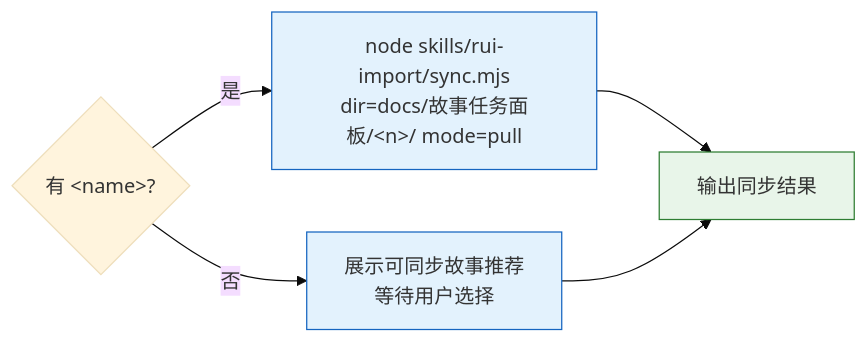
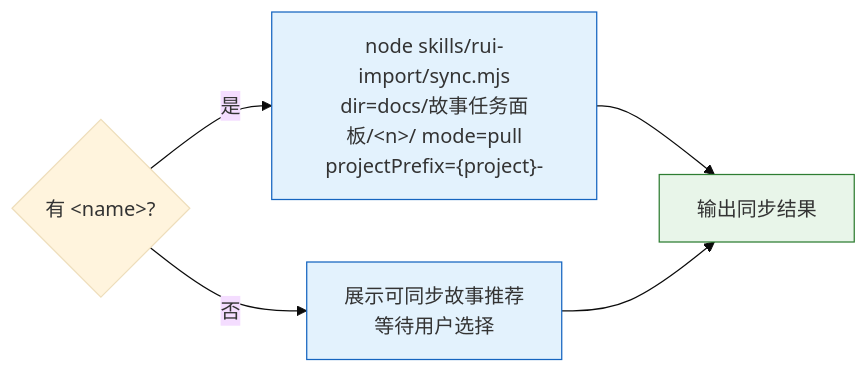
One commit to effiy/YrY changed the tenth of 15 diagrams in skills/rui-story/SKILL.md. Above: the diagram before and after it, drawn with Mermaid (base theme). The commit also changed other lines of this file and 5 other files, not shown here.

First line of the commit message:
fix: refine doc formulas — remove §0, add F.toc, default mermaid colors, story prose

````diff
--- a/skills/rui-story/SKILL.md
+++ b/skills/rui-story/SKILL.md
@@ -334,10 +334,10 @@
 ```mermaid
 flowchart LR
-    Q{"有 &lt;name&gt;?"} -->|"是"| SCOPED["node skills/rui-import/sync.mjs<br/>dir=docs/故事任务面板/&lt;n&gt;/ mode=pull"]:::op
+    Q{"有 &lt;name&gt;?"} -->|"是"| SCOPED["node skills/rui-import/sync.mjs<br/>dir=docs/故事任务面板/&lt;n&gt;/ mode=pull<br/>projectPrefix={project}-"]:::op
     Q -->|"否"| RECOMMEND["展示可同步故事推荐<br/>等待用户选择"]:::op
     SCOPED --> OUT["输出同步结果"]:::out
     RECOMMEND --> OUT
 
     classDef op fill:#e3f2fd,stroke:#1565c0;
     classDef out fill:#e8f5e9,stroke:#2e7d32;
 ```
````
